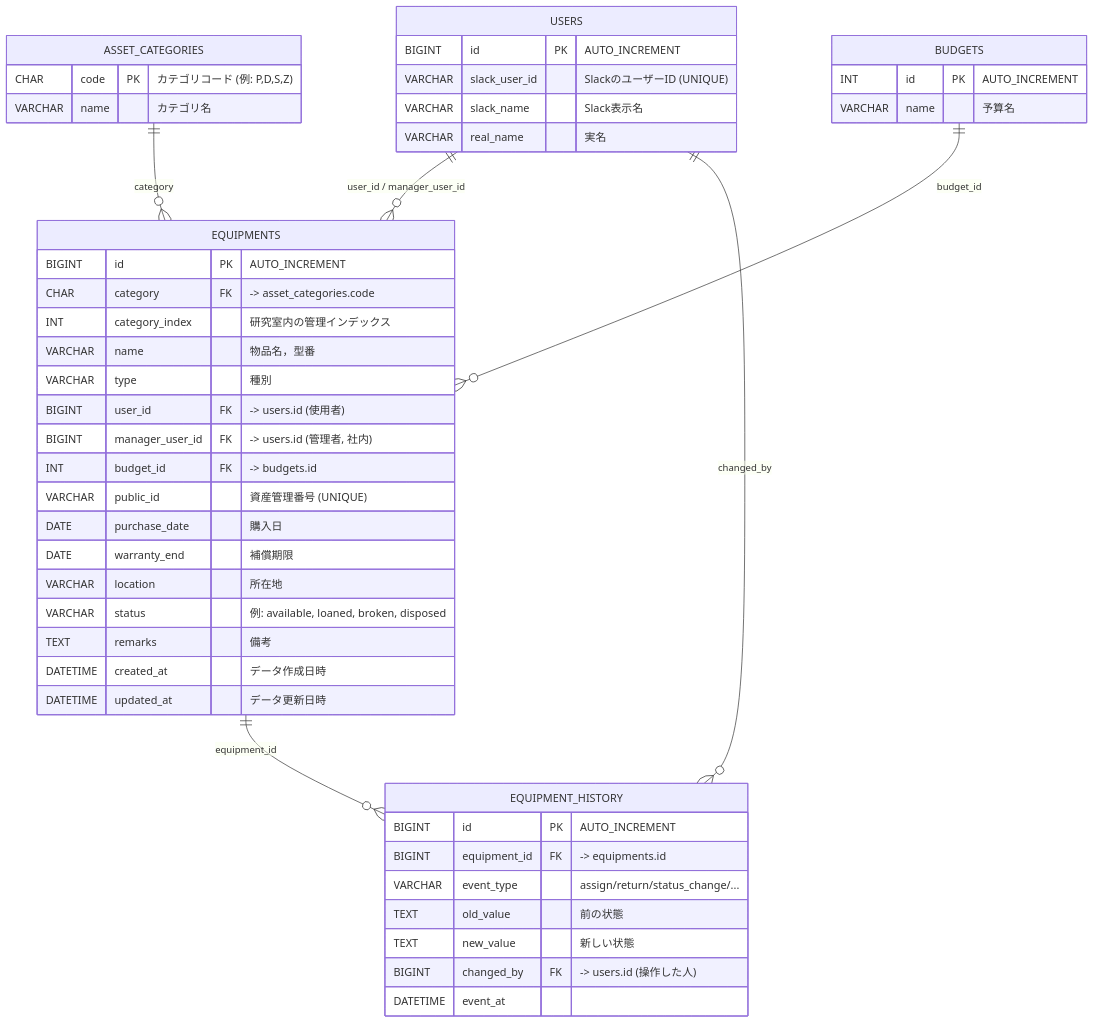
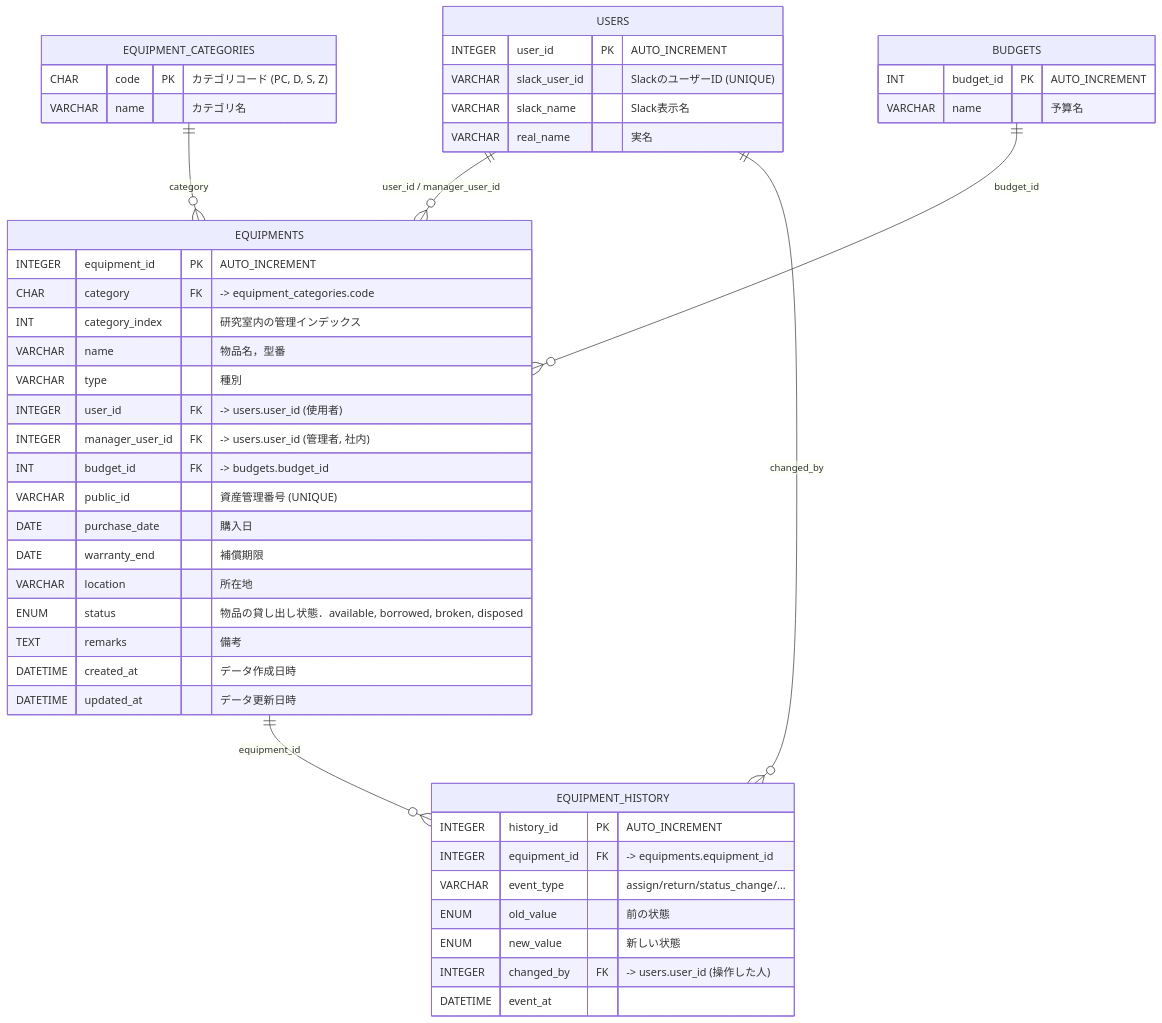
One commit to posl/posl-equipment-manager changed the diagram in docs/er.md. Above: the diagram before and after it, drawn with Mermaid. The commit also changed other lines of this file, not shown here.

Commit message:
[docs] er図: テーブル定義と図を修正

````diff
--- a/docs/er.md
+++ b/docs/er.md
@@ -1,55 +94,55 @@
 ```mermaid
 erDiagram
     USERS ||--o{ EQUIPMENTS : "user_id / manager_user_id"
-    ASSET_CATEGORIES ||--o{ EQUIPMENTS : "category"
+    EQUIPMENT_CATEGORIES ||--o{ EQUIPMENTS : "category"
     BUDGETS ||--o{ EQUIPMENTS : "budget_id"
     EQUIPMENTS ||--o{ EQUIPMENT_HISTORY : "equipment_id"
     USERS ||--o{ EQUIPMENT_HISTORY : "changed_by"
 
     USERS {
-      BIGINT id PK "AUTO_INCREMENT"
-      VARCHAR slack_user_id "SlackのユーザーID (UNIQUE)"
-      VARCHAR slack_name "Slack表示名"
-      VARCHAR real_name "実名"
+        INTEGER user_id PK "AUTO_INCREMENT"
+        VARCHAR slack_user_id "SlackのユーザーID (UNIQUE)"
+        VARCHAR slack_name "Slack表示名"
+        VARCHAR real_name "実名"
     }
 
-    ASSET_CATEGORIES {
-      CHAR code PK "カテゴリコード (例: P,D,S,Z)"
-      VARCHAR name "カテゴリ名"
+    EQUIPMENT_CATEGORIES {
+        CHAR code PK "カテゴリコード (PC, D, S, Z)"
+        VARCHAR name "カテゴリ名"
     }
 
     BUDGETS {
-      INT id PK "AUTO_INCREMENT"
-      VARCHAR name "予算名"
+        INT budget_id PK "AUTO_INCREMENT"
+        VARCHAR name "予算名"
     }
 
     EQUIPMENTS {
-      BIGINT id PK "AUTO_INCREMENT"
-      CHAR category FK "-> asset_categories.code"
-      INT category_index "研究室内の管理インデックス"
-      VARCHAR name "物品名，型番"
-      VARCHAR type "種別"
-      BIGINT user_id FK "-> users.id (使用者)"
-      BIGINT manager_user_id FK "-> users.id (管理者, 社内)"
-      INT budget_id FK "-> budgets.id"
-      VARCHAR public_id "資産管理番号 (UNIQUE)"
-      DATE purchase_date "購入日"
-      DATE warranty_end "補償期限"
-      VARCHAR location "所在地"
-      VARCHAR status "例: available, loaned, broken, disposed"
-      TEXT remarks "備考"
-      DATETIME created_at "データ作成日時"
-      DATETIME updated_at "データ更新日時"
+        INTEGER equipment_id PK "AUTO_INCREMENT"
+        CHAR category FK "-> equipment_categories.code"
+        INT category_index "研究室内の管理インデックス"
+        VARCHAR name "物品名，型番"
+        VARCHAR type "種別"
+        INTEGER user_id FK "-> users.user_id (使用者)"
+        INTEGER manager_user_id FK "-> users.user_id (管理者, 社内)"
+        INT budget_id FK "-> budgets.budget_id"
+        VARCHAR public_id "資産管理番号 (UNIQUE)"
+        DATE purchase_date "購入日"
+        DATE warranty_end "補償期限"
+        VARCHAR location "所在地"
+        ENUM status "物品の貸し出し状態．available, borrowed, broken, disposed"
+        TEXT remarks "備考"
+        DATETIME created_at "データ作成日時"
+        DATETIME updated_at "データ更新日時"
     }
 
     EQUIPMENT_HISTORY {
-      BIGINT id PK "AUTO_INCREMENT"
-      BIGINT equipment_id FK "-> equipments.id"
-      VARCHAR event_type "assign/return/status_change/..."
-      TEXT old_value "前の状態"
-      TEXT new_value "新しい状態"
-      BIGINT changed_by FK "-> users.id (操作した人)"
-      DATETIME event_at
+        INTEGER history_id PK "AUTO_INCREMENT"
+        INTEGER equipment_id FK "-> equipments.equipment_id"
+        VARCHAR event_type "assign/return/status_change/..."
+        ENUM old_value "前の状態"
+        ENUM new_value "新しい状態"
+        INTEGER changed_by FK "-> users.user_id (操作した人)"
+        DATETIME event_at
     }
 
 ```
````
